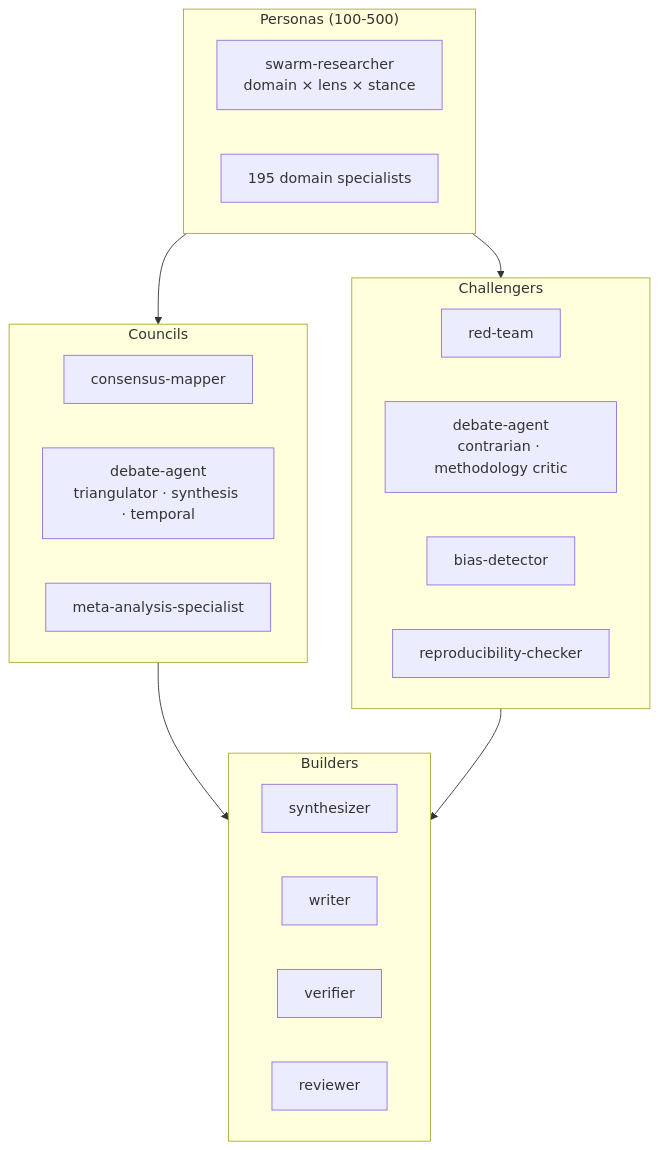
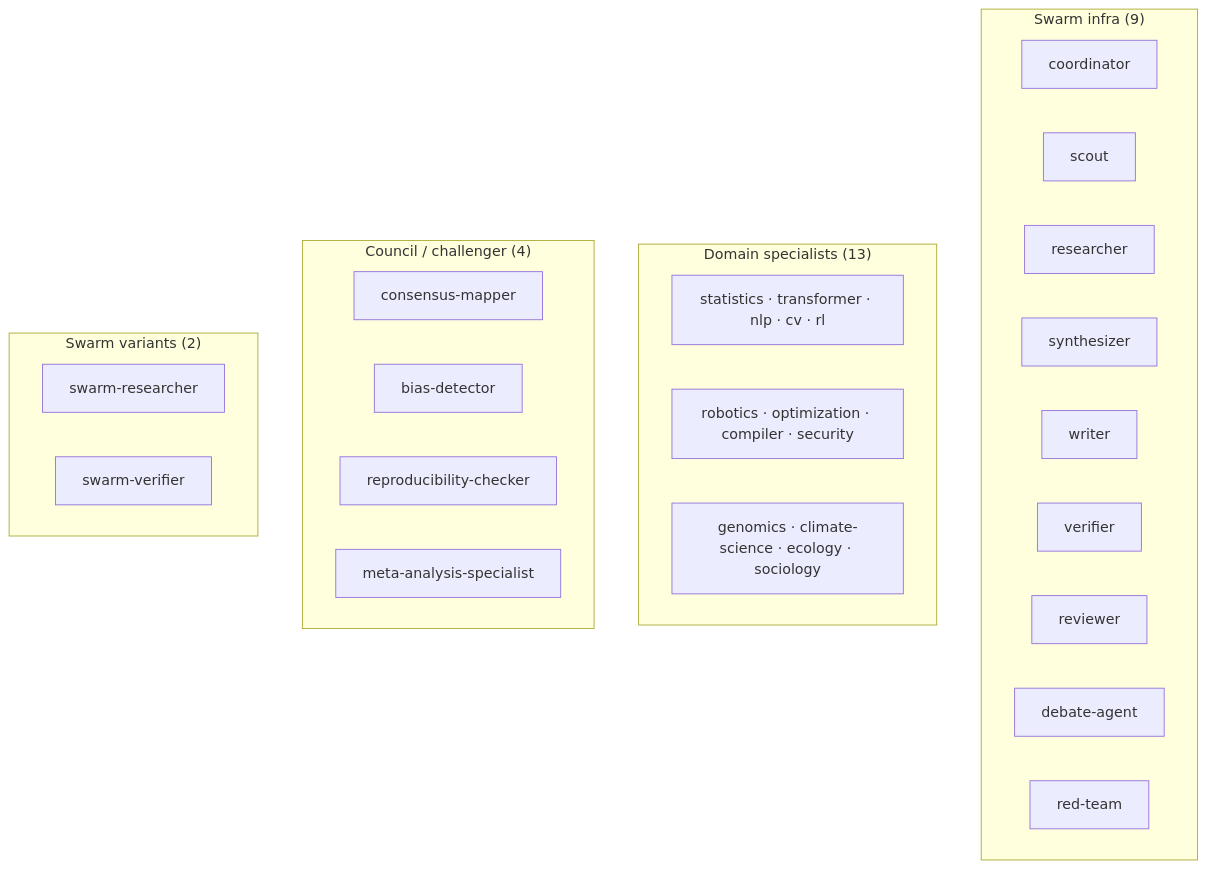
Before and after one commit to pkmdev-sec/zenith: the second of 2 diagrams in README.md, drawn with Mermaid. The commit also changed other lines of this file and 5 other files, not shown here.

````diff
--- a/README.md
+++ b/README.md
@@ -86,32 +115,32 @@
 ```mermaid
 graph TD
-    subgraph Personas["Personas (100-500)"]
-        P1["swarm-researcher<br/>domain × lens × stance"]
-        P2["195 domain specialists"]
+    subgraph Infra["Swarm infra (9)"]
+        I1["coordinator"]
+        I2["scout"]
+        I3["researcher"]
+        I4["synthesizer"]
+        I5["writer"]
+        I6["verifier"]
+        I7["reviewer"]
+        I8["debate-agent"]
+        I9["red-team"]
     end
-    
-    subgraph Councils["Councils"]
+
+    subgraph Specialists["Domain specialists (13)"]
+        D1["statistics · transformer · nlp · cv · rl"]
+        D2["robotics · optimization · compiler · security"]
+        D3["genomics · climate-science · ecology · sociology"]
+    end
+
+    subgraph Council["Council / challenger (4)"]
         C1["consensus-mapper"]
-        C2["debate-agent<br/>triangulator · synthesis · temporal"]
-        C3["meta-analysis-specialist"]
+        C2["bias-detector"]
+        C3["reproducibility-checker"]
+        C4["meta-analysis-specialist"]
     end
-    
-    subgraph Challengers["Challengers"]
-        CH1["red-team"]
-        CH2["debate-agent<br/>contrarian · methodology critic"]
-        CH3["bias-detector"]
-        CH4["reproducibility-checker"]
+
+    subgraph Swarm["Swarm variants (2)"]
+        W1["swarm-researcher"]
+        W2["swarm-verifier"]
     end
-    
-    subgraph Builders["Builders"]
-        B1["synthesizer"]
-        B2["writer"]
-        B3["verifier"]
-        B4["reviewer"]
-    end
-    
-    Personas --> Councils
-    Personas --> Challengers
-    Councils --> Builders
-    Challengers --> Builders
 ```
````
